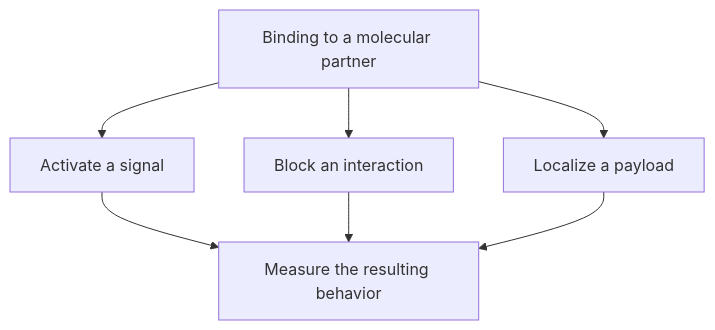
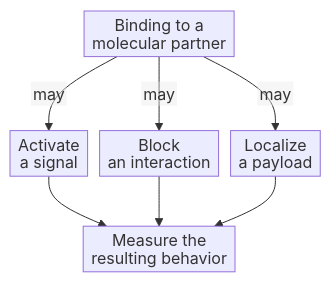
The diagram in wiki/education/concepts/biology-basics/signaling/ligand-and-receptor.md (jasonLaster/oncoguide), drawn with Mermaid before and after one commit. The commit also changed other lines of this file and 34 other files, not shown here.

````diff
--- a/wiki/education/concepts/biology-basics/signaling/ligand-and-receptor.md
+++ b/wiki/education/concepts/biology-basics/signaling/ligand-and-receptor.md
@@ -38,9 +40,10 @@
 ```mermaid
+%%{init: {"htmlLabels":false,"flowchart":{"htmlLabels":false,"padding":4,"nodeSpacing":12}}}%%
 flowchart TD
-  A[Binding to a molecular partner] --> B[Activate a signal]
-  A --> C[Block an interaction]
-  A --> D[Localize a payload]
-  B --> E[Measure the resulting behavior]
-  C --> E
-  D --> E
+    A["Binding to a<br/>molecular partner"] -->|may| B["Activate<br/>a signal"]
+    A -->|may| C["Block<br/>an interaction"]
+    A -->|may| D["Localize<br/>a payload"]
+    B --> E["Measure the<br/>resulting behavior"]
+    C --> E
+    D --> E
 ```
````
